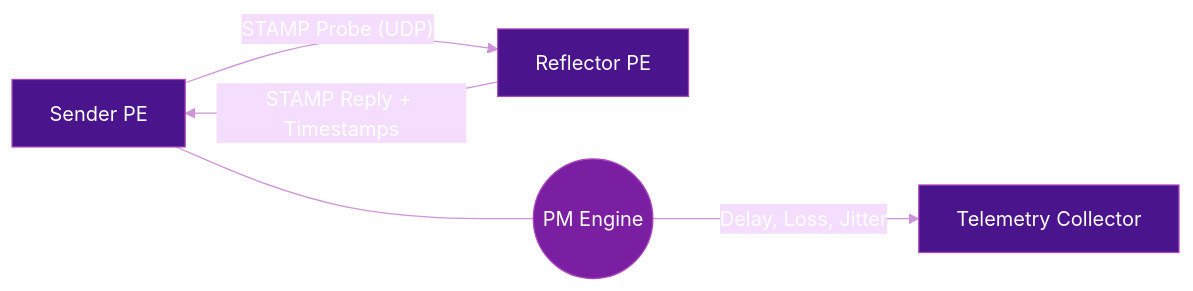
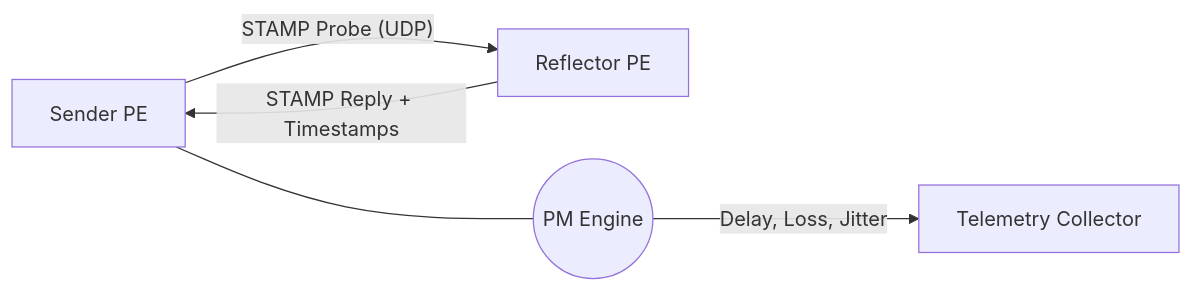
Before and after one commit to eldaninavas/srv6.md: the first of 2 diagrams in docs/topics/srpm.md, drawn with Mermaid. The commit also changed other lines of this file and 29 other files, not shown here.

First line of the commit message:
fix(mermaid): apply theme-aware colors site-wide

````diff
--- a/docs/topics/srpm.md
+++ b/docs/topics/srpm.md
@@ -43,12 +43,7 @@
 ```mermaid
-%%{init: {"theme": "base", "themeVariables": {"primaryTextColor": "#fff", "lineColor": "#ce93d8", "textColor": "#fff"}}}%%
 graph LR
     S[Sender PE] -->|"STAMP Probe (UDP)"| R[Reflector PE]
     R -->|"STAMP Reply + Timestamps"| S
     S --- M((PM Engine))
     M -->|"Delay, Loss, Jitter"| T[Telemetry Collector]
-    style S fill:#4a148c,color:#fff,stroke:#ab47bc
-    style R fill:#4a148c,color:#fff,stroke:#ab47bc
-    style M fill:#7b1fa2,color:#fff,stroke:#ab47bc
-    style T fill:#4a148c,color:#fff,stroke:#ab47bc
 ```
````
